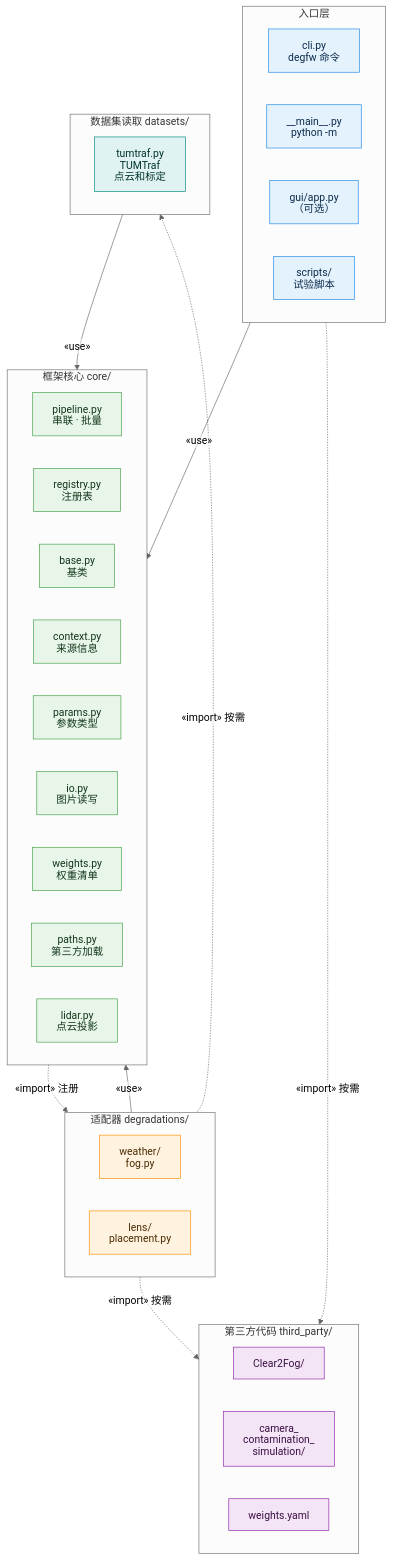
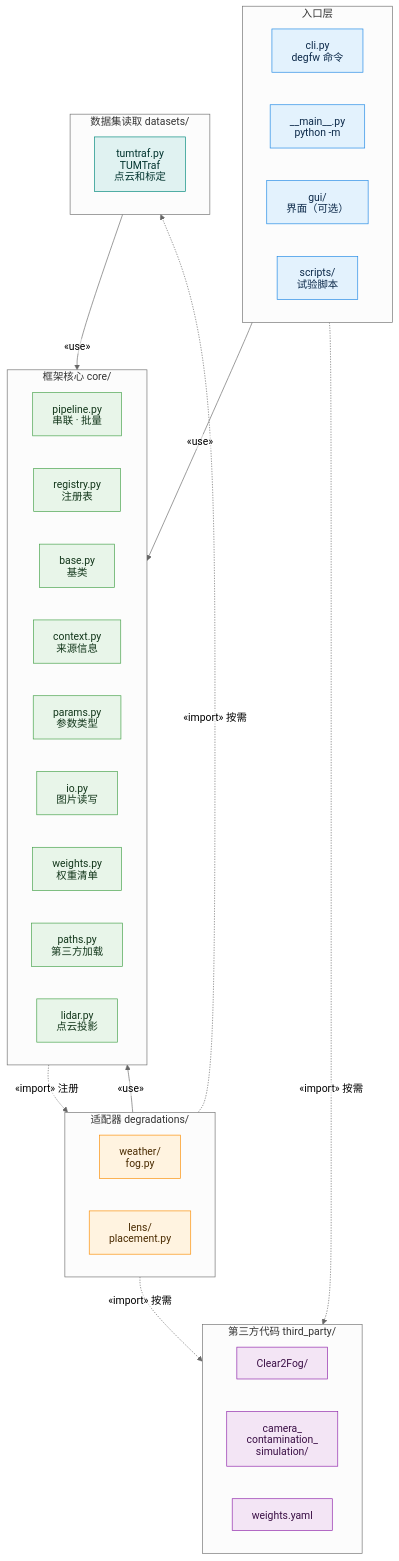
The first of 4 diagrams in doc/architecture.md (Tommy6015/degradation-framework), drawn with Mermaid (neutral theme) before and after one commit. The commit also changed other lines of this file and 23 other files, not shown here.

````diff
--- a/doc/architecture.md
+++ b/doc/architecture.md
@@ -17,56 +17,56 @@
 ```mermaid
 %%{init: {"htmlLabels": false, "flowchart": {"htmlLabels": false, "wrappingWidth": 400}}}%%
 flowchart TB
     subgraph L1["入口层"]
         cli["cli.py<br/>degfw 命令"]
         main["__main__.py<br/>python -m"]
-        gui["gui/app.py<br/>（可选）"]
+        gui["gui/<br/>界面（可选）"]
         scripts["scripts/<br/>试验脚本"]
     end
 
     subgraph L2["框架核心 core/"]
         pipeline["pipeline.py<br/>串联 · 批量"]
         registry["registry.py<br/>注册表"]
         base["base.py<br/>基类"]
         context["context.py<br/>来源信息"]
         params["params.py<br/>参数类型"]
         io["io.py<br/>图片读写"]
         weights["weights.py<br/>权重清单"]
         paths["paths.py<br/>第三方加载"]
         lidar["lidar.py<br/>点云投影"]
     end
 
     subgraph L3["适配器 degradations/"]
         fog["weather/<br/>fog.py"]
         lens["lens/<br/>placement.py"]
     end
 
     subgraph L5["数据集读取 datasets/"]
         tumtraf["tumtraf.py<br/>TUMTraf<br/>点云和标定"]
     end
 
     subgraph L4["第三方代码 third_party/"]
         c2f["Clear2Fog/"]
         ccs["camera_<br/>contamination_<br/>simulation/"]
         wyaml["weights.yaml"]
     end
 
     L1 -->|"«use»"| L2
     L3 -->|"«use»"| L2
     L2 -.->|"«import» 注册"| L3
     L3 -.->|"«import» 按需"| L4
     L3 -.->|"«import» 按需"| L5
     L5 -->|"«use»"| L2
     L1 -.->|"«import» 按需"| L4
 
     classDef layer1 fill:#E3F2FD,stroke:#1E88E5,color:#0D2A4A
     classDef layer2 fill:#E8F5E9,stroke:#43A047,color:#12361A
     classDef layer3 fill:#FFF3E0,stroke:#FB8C00,color:#4A2B00
     classDef layer4 fill:#F3E5F5,stroke:#8E24AA,color:#3A0F45
     classDef layer5 fill:#E0F2F1,stroke:#00897B,color:#00332E
     class cli,main,gui,scripts layer1
     class pipeline,registry,base,context,params,io,weights,paths,lidar layer2
     class fog,lens layer3
     class c2f,ccs,wyaml layer4
     class tumtraf layer5
 ```
````
